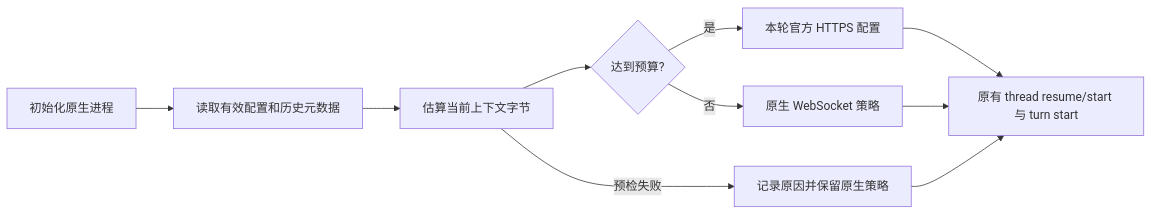
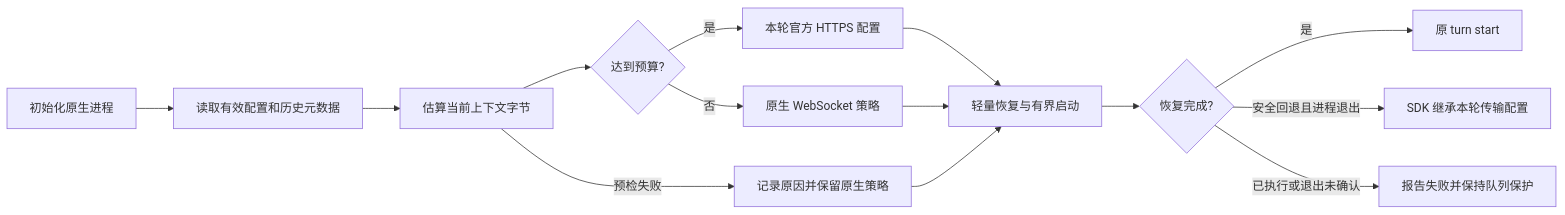
Before and after one commit to exception-coder/kai-toolbox: the diagram in openspec/changes/avoid-oversized-codex-websocket-retries/design.md, drawn with Mermaid. The commit also changed other lines of this file and 16 other files, not shown here.

````diff
--- a/openspec/changes/avoid-oversized-codex-websocket-retries/design.md
+++ b/openspec/changes/avoid-oversized-codex-websocket-retries/design.md
@@ -26,12 +38,16 @@
 ```mermaid
 flowchart LR
     A[初始化原生进程] --> B[读取有效配置和历史元数据]
     B --> C[估算当前上下文字节]
     C --> D{达到预算?}
     D -->|是| E[本轮官方 HTTPS 配置]
     D -->|否| F[原生 WebSocket 策略]
     C -->|预检失败| G[记录原因并保留原生策略]
-    E --> H[原有 thread resume/start 与 turn start]
+    E --> H["轻量恢复与有界启动"]
     F --> H
     G --> H
+    H --> I{"恢复完成?"}
+    I -->|是| J["原 turn start"]
+    I -->|安全回退且进程退出| K["SDK 继承本轮传输配置"]
+    I -->|已执行或退出未确认| L["报告失败并保持队列保护"]
 ```
````
